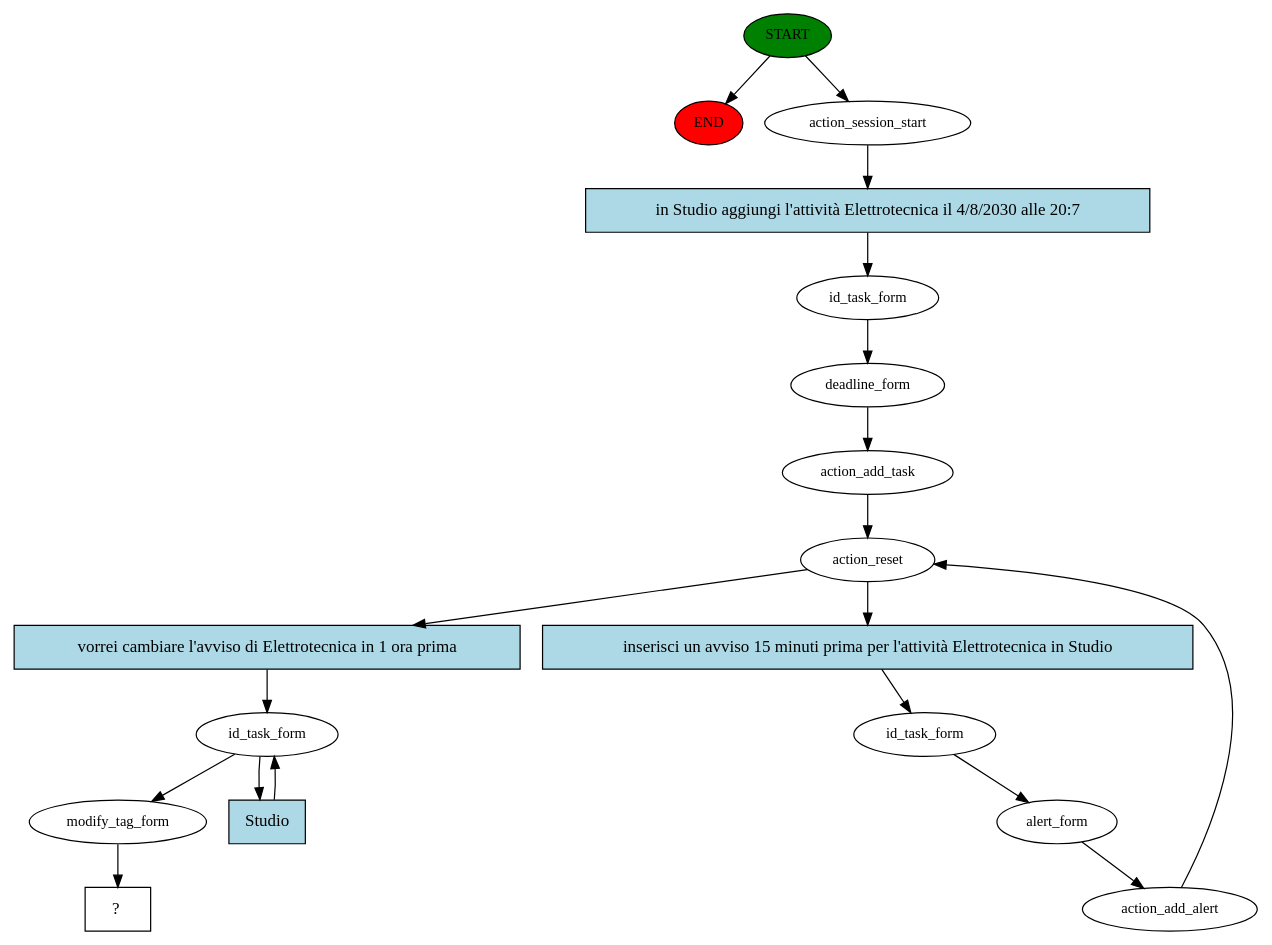
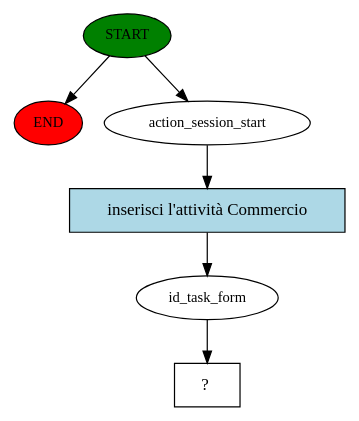
The diagram in story_graph.dot (ManDrake-hub/ROS_todoList_chatbot), drawn with Graphviz before and after one commit. The commit also changed 10 other files, not shown here.

```diff
--- a/story_graph.dot
+++ b/story_graph.dot
@@ -1,37 +1,13 @@
 digraph  {
 0 [class="start active", fillcolor=green, fontsize=12, label=START, style=filled];
 "-1" [class=end, fillcolor=red, fontsize=12, label=END, style=filled];
 1 [class=active, fontsize=12, label=action_session_start];
 2 [class=active, fontsize=12, label=id_task_form];
-3 [class=active, fontsize=12, label=deadline_form];
-4 [class=active, fontsize=12, label=action_add_task];
-5 [class=active, fontsize=12, label=action_reset];
-6 [class=active, fontsize=12, label=id_task_form];
-7 [class=active, fontsize=12, label=alert_form];
-8 [class=active, fontsize=12, label=action_add_alert];
-10 [class=active, fontsize=12, label=id_task_form];
-12 [class=active, fontsize=12, label=modify_tag_form];
-13 [class="intent dashed active", label="  ?  ", shape=rect];
-14 [class="intent active", fillcolor=lightblue, label="in Studio aggiungi l'attività Elettrotecnica il 4/8/2030 alle 20:7", shape=rect, style=filled];
-15 [class="intent active", fillcolor=lightblue, label="inserisci un avviso 15 minuti prima per l'attività Elettrotecnica in Studio", shape=rect, style=filled];
-16 [class="intent active", fillcolor=lightblue, label="vorrei cambiare l'avviso di Elettrotecnica in 1 ora prima", shape=rect, style=filled];
-17 [class="intent active", fillcolor=lightblue, label=Studio, shape=rect, style=filled];
+3 [class="intent dashed active", label="  ?  ", shape=rect];
+4 [class="intent active", fillcolor=lightblue, label="inserisci l'attività Commercio", shape=rect, style=filled];
 0 -> "-1"  [class="", key=NONE, label=""];
 0 -> 1  [class=active, key=NONE, label=""];
-1 -> 14  [class=active, key=0];
+1 -> 4  [class=active, key=0];
 2 -> 3  [class=active, key=NONE, label=""];
-3 -> 4  [class=active, key=NONE, label=""];
-4 -> 5  [class=active, key=NONE, label=""];
-5 -> 15  [class=active, key=0];
-5 -> 16  [class=active, key=0];
-6 -> 7  [class=active, key=NONE, label=""];
-7 -> 8  [class=active, key=NONE, label=""];
-8 -> 5  [class=active, key=NONE, label=""];
-10 -> 12  [class=active, key=NONE, label=""];
-10 -> 17  [class=active, key=0];
-12 -> 13  [class=active, key=NONE, label=""];
-14 -> 2  [class=active, key=0];
-15 -> 6  [class=active, key=0];
-16 -> 10  [class=active, key=0];
-17 -> 10  [class=active, key=0];
+4 -> 2  [class=active, key=0];
 }
```
